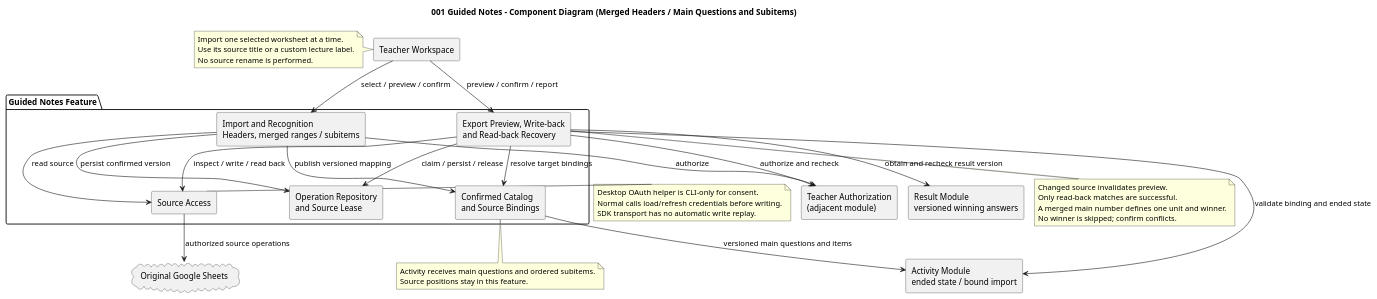
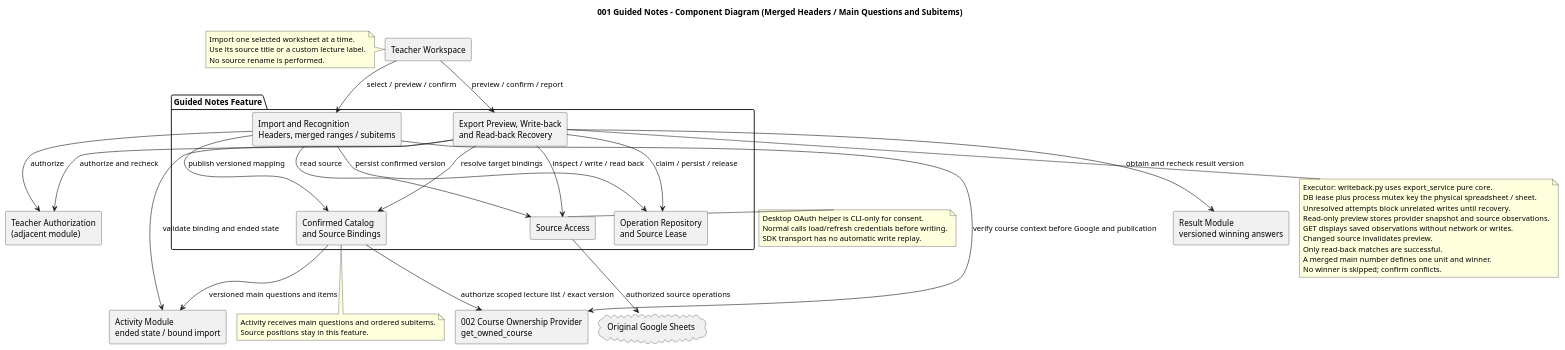
Before and after one commit to Afra0704/se2026-group20-speckit: the diagram in diagrams/001-guided-notes-component.puml, drawn with PlantUML. The commit also changed 43 other files, not shown here.

Commit message:
feat: add course lecture catalogs and durable verified writeback

```diff
--- a/diagrams/001-guided-notes-component.puml
+++ b/diagrams/001-guided-notes-component.puml
@@ -1,55 +1,63 @@
 @startuml
 !pragma layout smetana
 skinparam shadowing false
 skinparam defaultFontName SansSerif
 skinparam componentStyle rectangle
 skinparam nodesep 65
 skinparam ranksep 70
 title 001 Guided Notes - Component Diagram (Merged Headers / Main Questions and Subitems)
 component "Teacher Workspace" as UI
 component "Teacher Authorization\n(adjacent module)" as Auth
 component "Activity Module\nended state / bound import" as Activity
+component "002 Course Ownership Provider\nget_owned_course" as Courses
 component "Result Module\nversioned winning answers" as Results
 package "Guided Notes Feature" {
  component "Import and Recognition\nHeaders, merged ranges / subitems" as Import
  component "Confirmed Catalog\nand Source Bindings" as Catalog
  component "Export Preview, Write-back\nand Read-back Recovery" as Export
  component "Source Access" as Access
  component "Operation Repository\nand Source Lease" as Store
 }
 cloud "Original Google Sheets" as Sheets
 UI --> Import : select / preview / confirm
 note left of UI
 Import one selected worksheet at a time.
 Use its source title or a custom lecture label.
 No source rename is performed.
 end note
 UI --> Export : preview / confirm / report
 Import --> Auth : authorize
+Import --> Courses : verify course context before Google and publication
+Catalog --> Courses : authorize scoped lecture list / exact version
 Export --> Auth : authorize and recheck
 Import --> Catalog : publish versioned mapping
 Catalog --> Activity : versioned main questions and items
 Export --> Catalog : resolve target bindings
 Import --> Store : persist confirmed version
 Export --> Store : claim / persist / release
 Export --> Activity : validate binding and ended state
 Export --> Results : obtain and recheck result version
 Import --> Access : read source
 Export --> Access : inspect / write / read back
 Access --> Sheets : authorized source operations
 note left of Access
 Desktop OAuth helper is CLI-only for consent.
 Normal calls load/refresh credentials before writing.
 SDK transport has no automatic write replay.
 end note
 note bottom of Catalog
 Activity receives main questions and ordered subitems.
 Source positions stay in this feature.
 end note
 note bottom of Export
+Executor: writeback.py uses export_service pure core.
+DB lease plus process mutex key the physical spreadsheet / sheet.
+Unresolved attempts block unrelated writes until recovery.
+Read-only preview stores provider snapshot and source observations.
+GET displays saved observations without network or writes.
 Changed source invalidates preview.
 Only read-back matches are successful.
 A merged main number defines one unit and winner.
 No winner is skipped; confirm conflicts.
 end note
 @enduml
```
